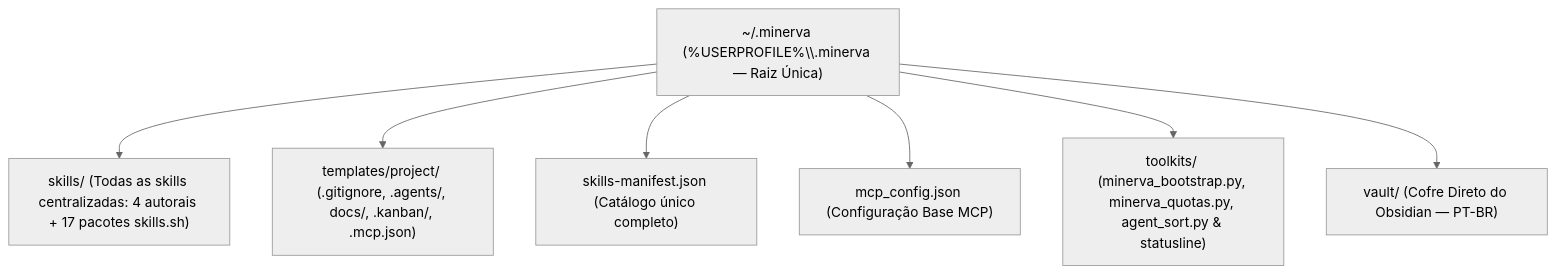
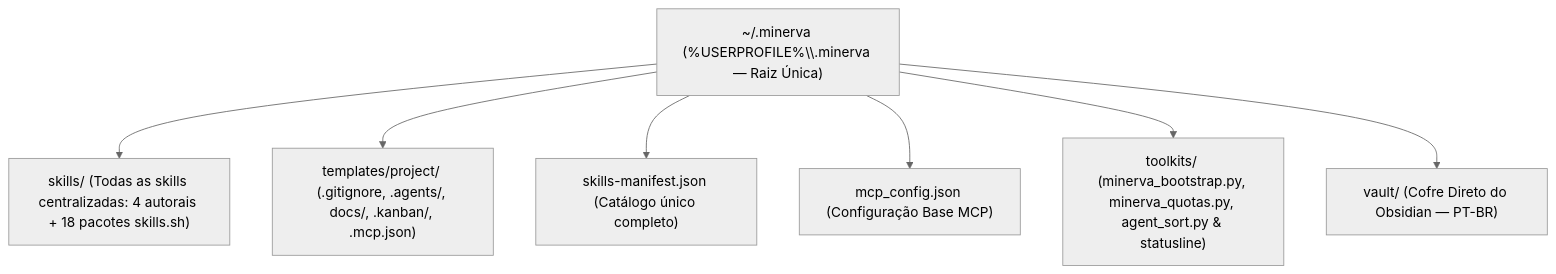
One commit to lk-feitosa/minerva-workspace changed the first of 2 diagrams in vault/_Arquitetura e Documentação do Ecossistema.md. Above: the diagram before and after it, drawn with Mermaid (neutral theme). The commit also changed 14 other files, not shown here.

````diff
--- a/vault/_Arquitetura e Documentação do Ecossistema.md
+++ b/vault/_Arquitetura e Documentação do Ecossistema.md
@@ -34,11 +34,11 @@
 ```mermaid
 graph TD
     REPO["~/.minerva (%USERPROFILE%\\.minerva — Raiz Única)"]
     
-    REPO --> SKILLS["skills/ (Todas as skills centralizadas: 4 autorais + 17 pacotes skills.sh)"]
+    REPO --> SKILLS["skills/ (Todas as skills centralizadas: 4 autorais + 18 pacotes skills.sh)"]
     REPO --> TEMPLATES["templates/project/ (.gitignore, .agents/, docs/, .kanban/, .mcp.json)"]
     REPO --> MANIFEST["skills-manifest.json (Catálogo único completo)"]
     REPO --> MCP_CFG["mcp_config.json (Configuração Base MCP)"]
     REPO --> TOOLKITS["toolkits/ (minerva_bootstrap.py, minerva_quotas.py, agent_sort.py & statusline)"]
     REPO --> VAULT["vault/ (Cofre Direto do Obsidian — PT-BR)"]
 ```
````
